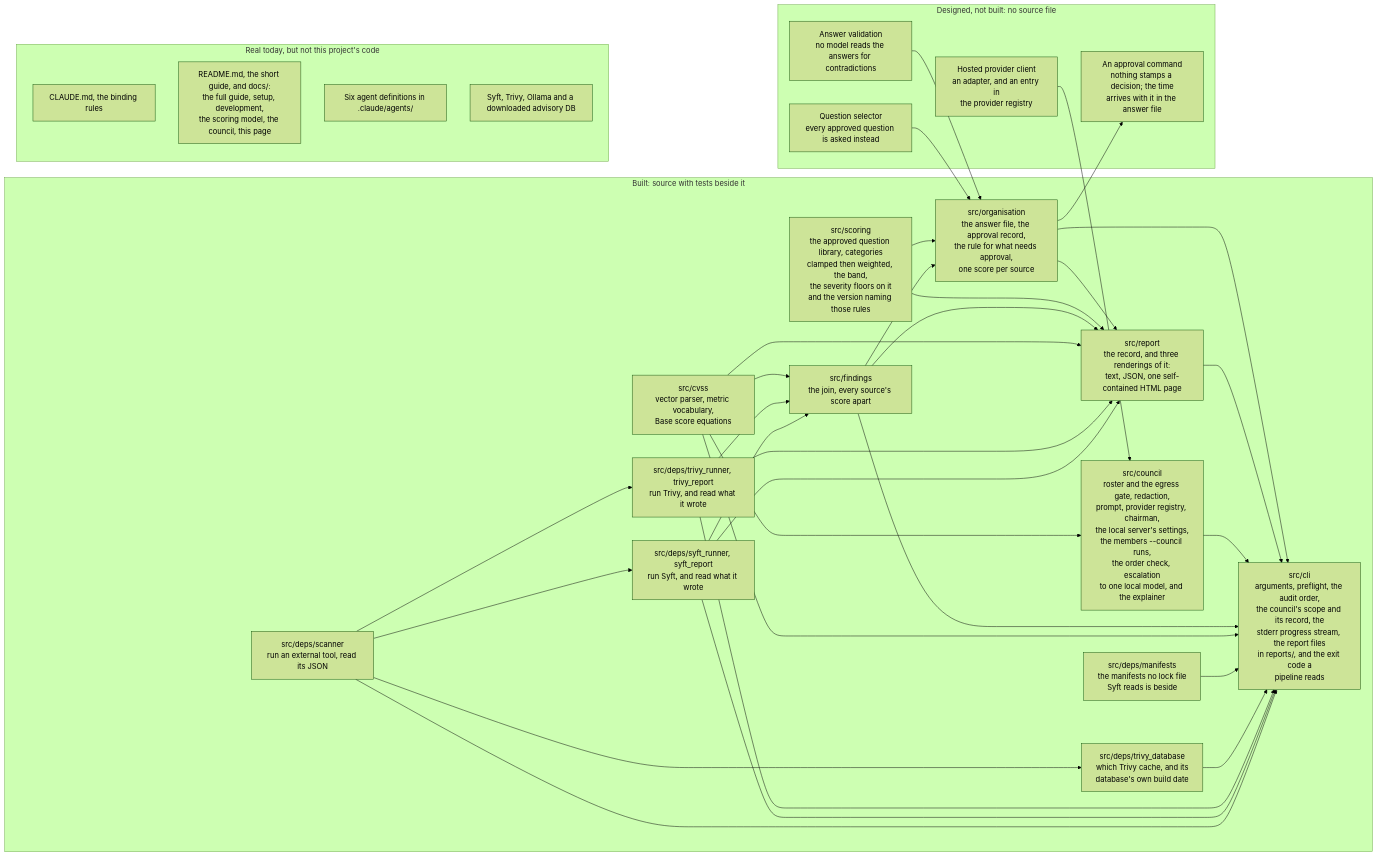
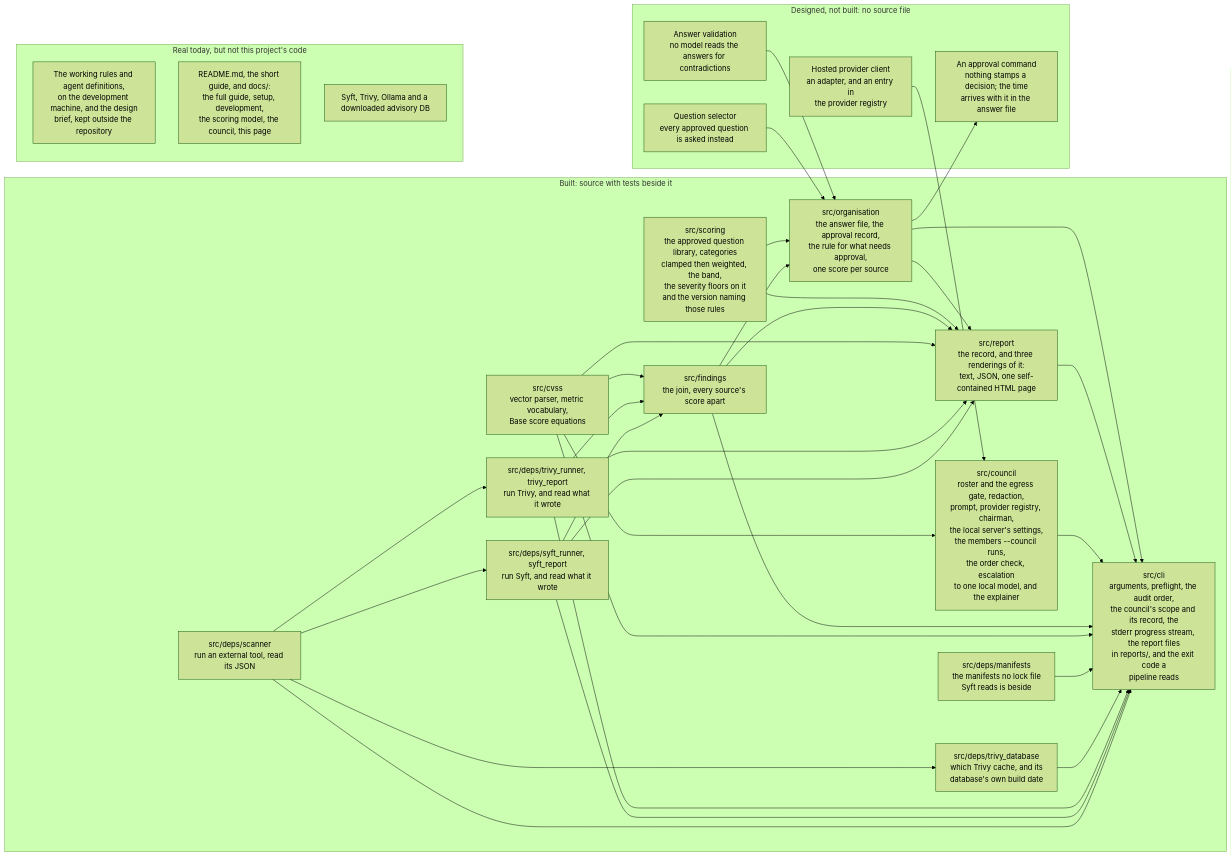
One commit to heinthtnaung/AgenticLLMAppAuditor changed the fifth of 5 diagrams in docs/diagrams.md. Above: the diagram before and after it, drawn with Mermaid (forest theme). The commit also changed other lines of this file and 10 other files, not shown here.

Commit message:
Describe the local-only files as outside the repository

````diff
--- a/docs/diagrams.md
+++ b/docs/diagrams.md
@@ -577,61 +577,60 @@
 ```mermaid
 flowchart LR
     subgraph BUILT["Built: source with tests beside it"]
         b0["src/deps/scanner<br/>run an external tool, read its JSON"]
         b1["src/deps/syft_runner, syft_report<br/>run Syft, and read what it wrote"]
         b2["src/deps/trivy_runner, trivy_report<br/>run Trivy, and read what it wrote"]
         b3["src/deps/trivy_database<br/>which Trivy cache, and its<br/>database's own build date"]
         b11["src/deps/manifests<br/>the manifests no lock file<br/>Syft reads is beside"]
         b4["src/cvss<br/>vector parser, metric vocabulary,<br/>Base score equations"]
         b5["src/findings<br/>the join, every source's score apart"]
         b7["src/council<br/>roster and the egress gate, redaction,<br/>prompt, provider registry, chairman,<br/>the local server's settings,<br/>the members --council runs,<br/>the order check, escalation<br/>to one local model, and the explainer"]
         b8["src/report<br/>the record, and three renderings of it:<br/>text, JSON, one self-contained HTML page"]
         b9["src/cli<br/>arguments, preflight, the audit order,<br/>the council's scope and its record, the<br/>stderr progress stream, the report files<br/>in reports/, and the exit code a<br/>pipeline reads"]
         b6["src/scoring<br/>the approved question library, categories<br/>clamped then weighted, the band,<br/>the severity floors on it<br/>and the version naming those rules"]
         b10["src/organisation<br/>the answer file, the approval record,<br/>the rule for what needs approval,<br/>one score per source"]
         b0 --> b1
         b0 --> b2
         b0 --> b3
         b0 --> b9
         b1 --> b5
         b1 --> b8
         b1 --> b9
         b2 --> b5
         b2 --> b8
         b2 --> b9
         b3 --> b9
         b11 --> b9
         b4 --> b5
         b4 --> b7
         b4 --> b8
         b4 --> b9
         b5 --> b8
         b5 --> b9
         b5 --> b10
         b6 --> b8
         b6 --> b10
         b7 --> b9
         b8 --> b9
         b10 --> b8
         b10 --> b9
     end
 
     subgraph UNBUILT["Designed, not built: no source file"]
         d2["Question selector<br/>every approved question is asked instead"]
         d3["Answer validation<br/>no model reads the answers for contradictions"]
         d6["Hosted provider client<br/>an adapter, and an entry in<br/>the provider registry"]
         d12["An approval command<br/>nothing stamps a decision; the time<br/>arrives with it in the answer file"]
     end
 
     d6 --> b7
     d2 --> b10
     d3 --> b10
     b10 --> d12
 
     subgraph REAL["Real today, but not this project's code"]
-        x1["CLAUDE.md, the binding rules"]
+        x1["The working rules and agent definitions,<br/>on the development machine, and the design<br/>brief, kept outside the repository"]
         x2["README.md, the short guide, and docs/:<br/>the full guide, setup, development,<br/>the scoring model, the council, this page"]
-        x3["Six agent definitions in .claude/agents/"]
         x4["Syft, Trivy, Ollama and a downloaded advisory DB"]
     end
 ```
````
